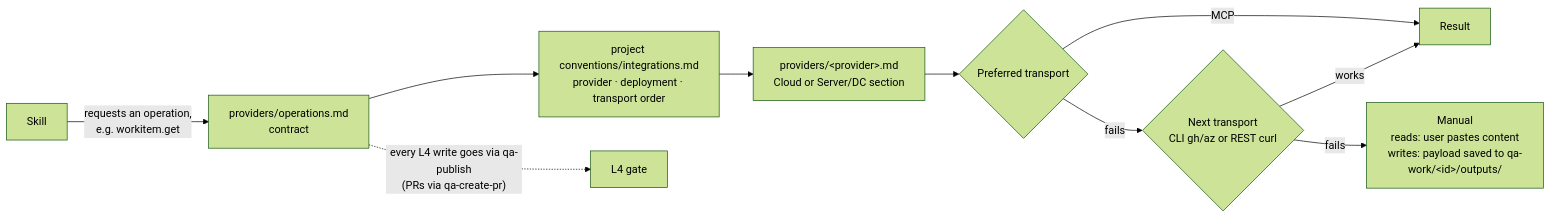
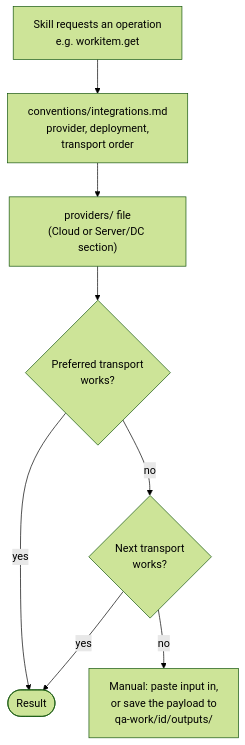
One commit to bmad-kainos/ai-qa changed the seventh of 7 diagrams in docs/flows/03-usage.md. Above: the diagram before and after it, drawn with Mermaid (forest theme). The commit also changed other lines of this file and 3 other files, not shown here.

Commit message:
docs: fix install flow chart and split flow diagrams for readability

````diff
--- a/docs/flows/03-usage.md
+++ b/docs/flows/03-usage.md
@@ -65,12 +89,11 @@
 ```mermaid
-flowchart LR
-  SK[Skill] -- "requests an operation,<br/>e.g. workitem.get" --> OP[providers/operations.md<br/>contract]
-  OP --> CFG[project conventions/integrations.md<br/>provider · deployment · transport order]
-  CFG --> PF[providers/#lt;provider#gt;.md<br/>Cloud or Server/DC section]
-  PF --> T1{Preferred transport}
-  T1 -- MCP --> OK
-  T1 -- fails --> T2{Next transport<br/>CLI gh/az or REST curl}
-  T2 -- works --> OK[Result]
-  T2 -- fails --> MAN[Manual<br/>reads: user pastes content<br/>writes: payload saved to qa-work/#lt;id#gt;/outputs/]
-  OP -. "every L4 write goes via qa-publish<br/>(PRs via qa-create-pr)" .-> GATE[L4 gate]
+flowchart TD
+  SK["Skill requests an operation<br/>e.g. workitem.get"]
+  SK --> CFG["conventions/integrations.md<br/>provider, deployment,<br/>transport order"]
+  CFG --> PF["providers/ file<br/>(Cloud or Server/DC section)"]
+  PF --> T1{"Preferred transport<br/>works?"}
+  T1 -->|yes| OK(["Result"])
+  T1 -->|no| T2{"Next transport<br/>works?"}
+  T2 -->|yes| OK
+  T2 -->|no| MAN["Manual: paste input in,<br/>or save the payload to<br/>qa-work/id/outputs/"]
 ```
````
